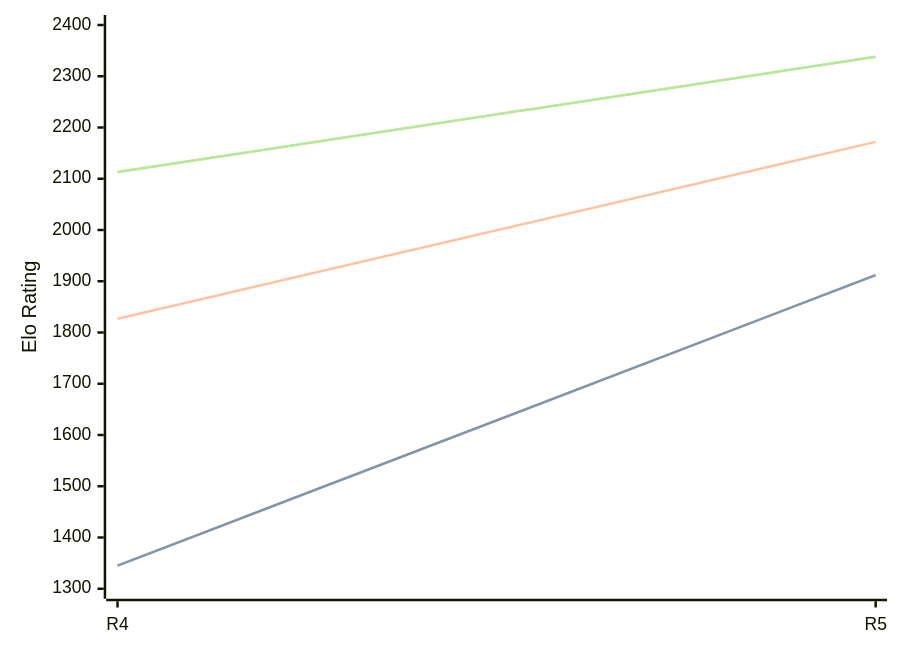
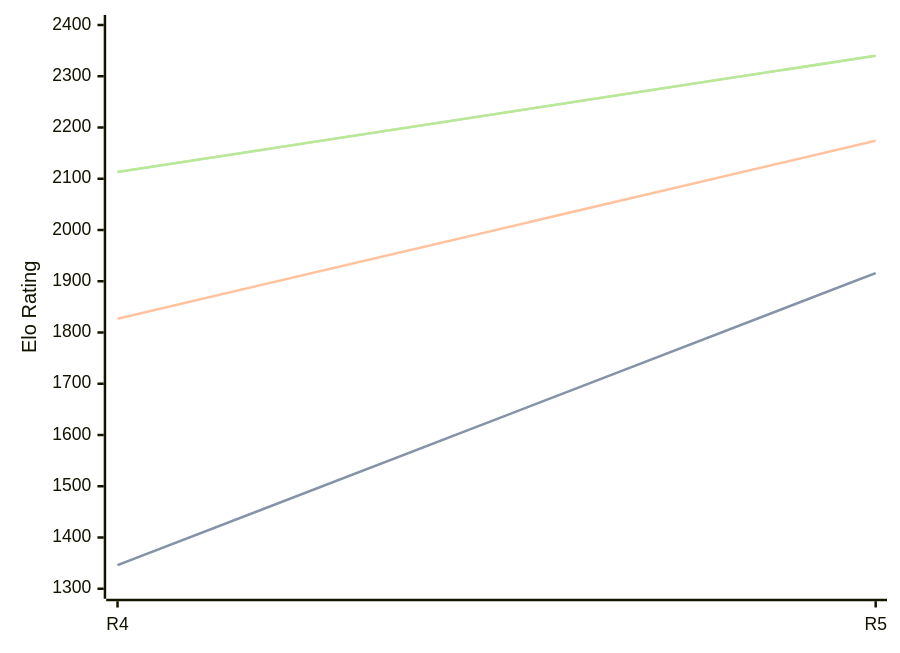
Before and after one commit to computer-chess-index/cci: the diagram in engines/Viking.md, drawn with Mermaid. The commit also changed other lines of this file, not shown here.

Commit message:
Update CCI Ratings (ELO VLTC) - 2026-08-21

````diff
--- a/engines/Viking.md
+++ b/engines/Viking.md
@@ -35,11 +35,11 @@
 ```mermaid
 %%{init: {"theme":"base","themeVariables":{"seriesColors:['#a3a3a3','#222221','#faa371']}}}%%
 xychart-beta
   x-axis ["R4", "R5"]
   y-axis "Elo Rating" 1300 --> 2400
-  line "STC (8.0+0.08s)" [1345, 1912]
-  line "STC (8.0+0.08s)" [1345, 1912]
-  line "LTC (60.0+0.60s)" [1827, 2172]
-  line "VLTC (2m24s+1.12s)" [2113, 2338]
-  line "VLTC (2m24s+1.12s)" [2113, 2338]
+  line "STC (8.0+0.08s)" [1346, 1916]
+  line "STC (8.0+0.08s)" [1346, 1916]
+  line "LTC (60.0+0.60s)" [1827, 2174]
+  line "VLTC (2m24s+1.12s)" [2113, 2340]
+  line "VLTC (2m24s+1.12s)" [2113, 2340]
 ```
````
